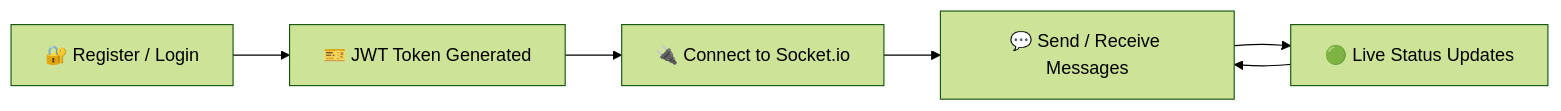
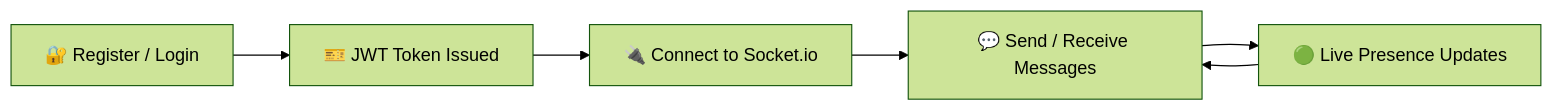
One commit to ayushi48/Chatting changed the second of 2 diagrams in README.md. Above: the diagram before and after it, drawn with Mermaid (forest theme). The commit also changed other lines of this file, not shown here.

````diff
--- a/README.md
+++ b/README.md
@@ -137,8 +175,8 @@
 ```mermaid
 graph LR
-    A[🔐 Register / Login] --> B[🎫 JWT Token Generated]
+    A[🔐 Register / Login] --> B[🎫 JWT Token Issued]
     B --> C[🔌 Connect to Socket.io]
     C --> D[💬 Send / Receive Messages]
-    D --> E[🟢 Live Status Updates]
+    D --> E[🟢 Live Presence Updates]
     E --> D
 ```
````
